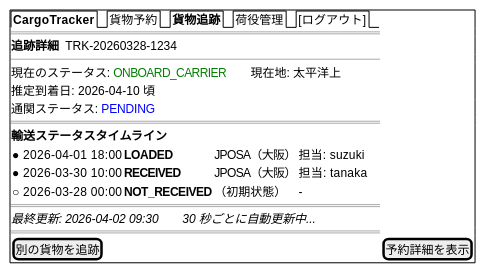
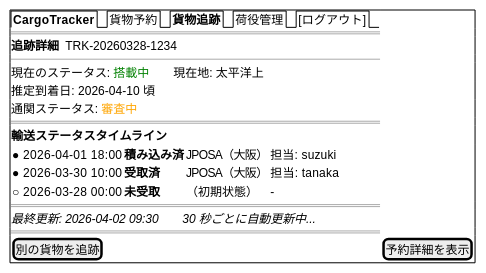
Before and after one commit to k2works/case-study-cargo-tracker: the tenth of 23 diagrams in docs/design/ui_design.md, drawn with PlantUML. The commit also changed other lines of this file, not shown here.

````diff
--- a/docs/design/ui_design.md
+++ b/docs/design/ui_design.md
@@ -614,24 +683,24 @@
 ```plantuml
 @startsalt
 {+
   {/ <b>CargoTracker</b> | 貨物予約 | <b>貨物追跡</b> | 荷役管理 | [ログアウト] }
   ==
   <b>追跡詳細</b>  TRK-20260328-1234
   --
-  現在のステータス: <color:green>ONBOARD_CARRIER</color>　　現在地: 太平洋上
+  現在のステータス: <color:green>搭載中</color>　　現在地: 太平洋上
   推定到着日: 2026-04-10 頃
-  通関ステータス: <color:blue>PENDING</color>
+  通関ステータス: <color:orange>審査中</color>
   ==
   <b>輸送ステータスタイムライン</b>
   {
-    ● 2026-04-01 18:00 | <b>LOADED</b>       | JPOSA（大阪）  | 担当: suzuki
-    ● 2026-03-30 10:00 | <b>RECEIVED</b>     | JPOSA（大阪）  | 担当: tanaka
-    ○ 2026-03-28 00:00 | <b>NOT_RECEIVED</b> | （初期状態）   | -
+    ● 2026-04-01 18:00 | <b>積み込み済</b> | JPOSA（大阪）  | 担当: suzuki
+    ● 2026-03-30 10:00 | <b>受取済</b>     | JPOSA（大阪）  | 担当: tanaka
+    ○ 2026-03-28 00:00 | <b>未受取</b>     | （初期状態）   | -
   }
   ==
   <i>最終更新: 2026-04-02 09:30　　30 秒ごとに自動更新中...</i>
   ==
   [別の貨物を追跡] | [予約詳細を表示]
 }
 @endsalt
 ```
````
